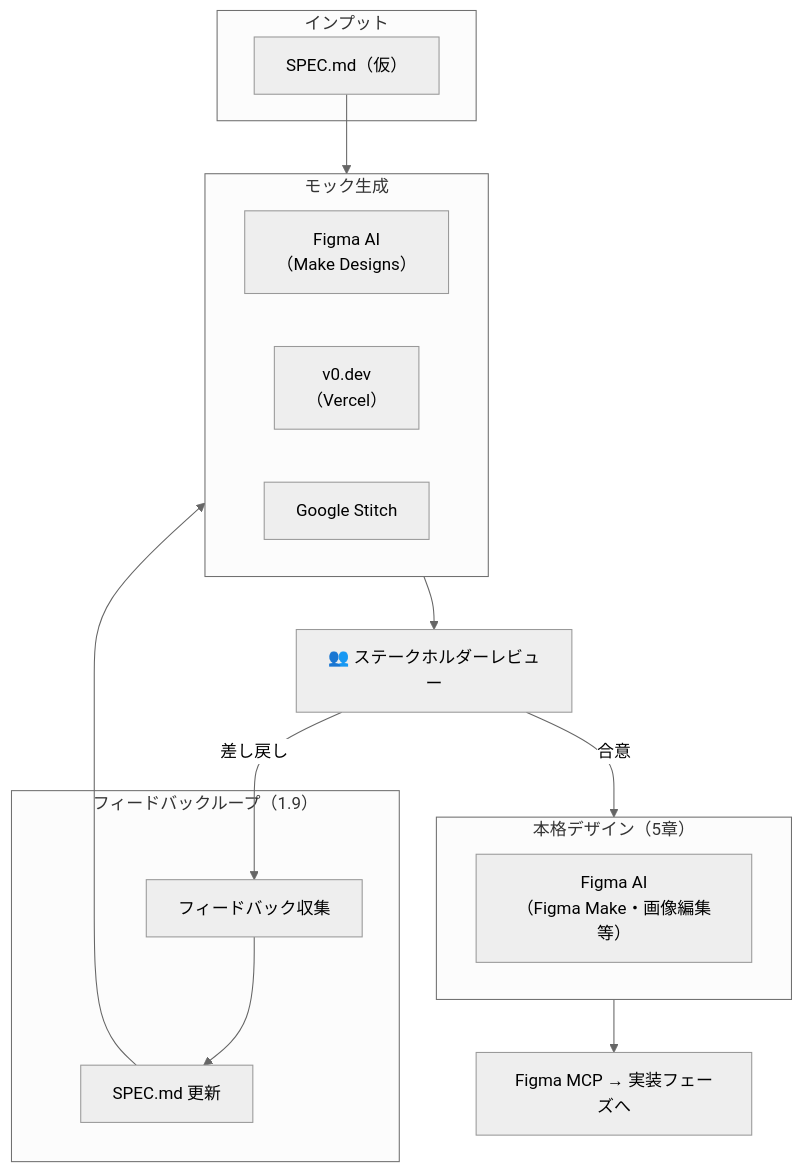
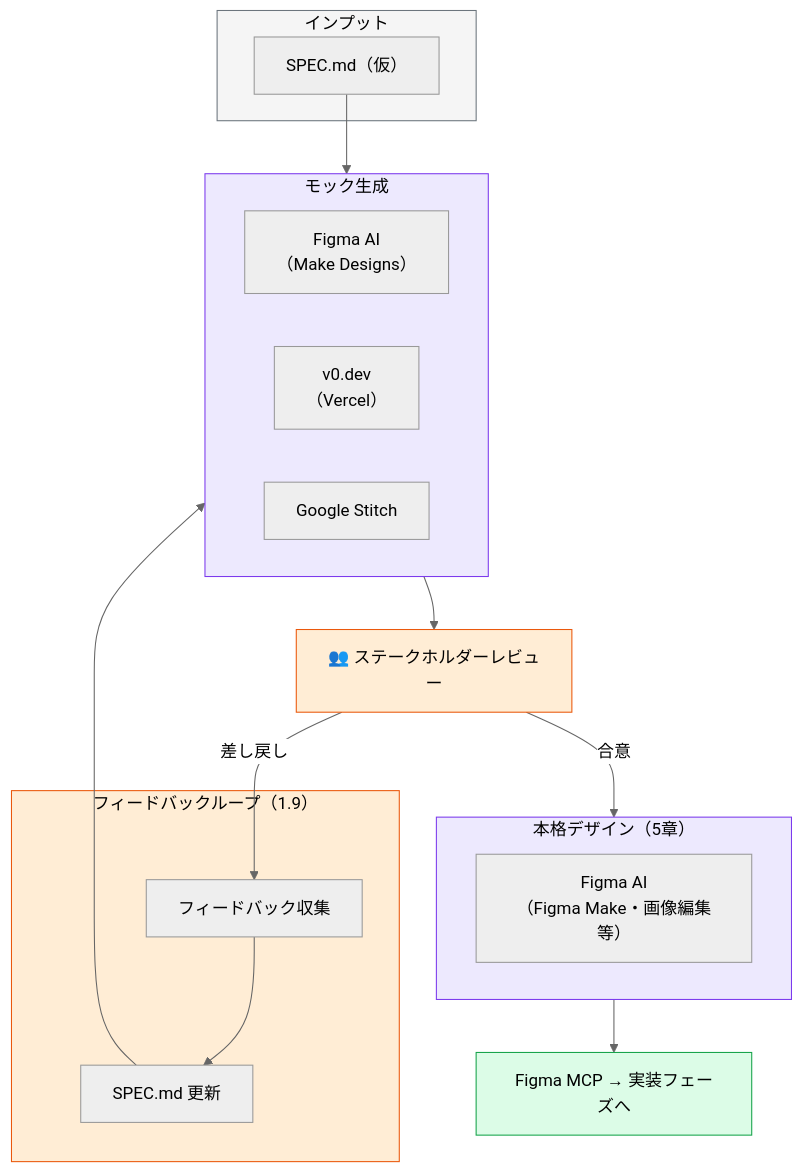
Diagram 13 of 44 in AI駆動開発.md (takuma39/ai), drawn with Mermaid (neutral theme) before and after one commit. The commit also changed other lines of this file, not shown here.

````diff
--- a/AI駆動開発.md
+++ b/AI駆動開発.md
@@ -423,33 +445,40 @@
 ```mermaid
 graph TD
     subgraph input["インプット"]
         MD["SPEC.md（仮）"]
     end
 
     subgraph mock["モック生成"]
         FigmaAI["Figma AI<br/>（Make Designs）"]
         V0["v0.dev<br/>（Vercel）"]
         Stitch["Google Stitch"]
     end
 
     Review["👥 ステークホルダーレビュー"]
 
     subgraph loopbox["フィードバックループ（1.9）"]
         Feedback["フィードバック収集"]
         Update["SPEC.md 更新"]
     end
 
     subgraph design["本格デザイン（5章）"]
         Figma["Figma AI<br/>（Figma Make・画像編集等）"]
     end
 
     FigmaMCP["Figma MCP → 実装フェーズへ"]
 
     MD --> mock
     mock --> Review
     Review -->|"差し戻し"| Feedback
     Feedback --> Update
     Update --> mock
     Review -->|"合意"| design
     design --> FigmaMCP
+
+    style input fill:#f5f5f5,stroke:#6c757d,color:#000
+    style mock fill:#ede9fe,stroke:#7c3aed,color:#000
+    style Review fill:#ffedd5,stroke:#ea580c,color:#000
+    style loopbox fill:#ffedd5,stroke:#ea580c,color:#000
+    style design fill:#ede9fe,stroke:#7c3aed,color:#000
+    style FigmaMCP fill:#dcfce7,stroke:#16a34a,color:#000
 ```
````
